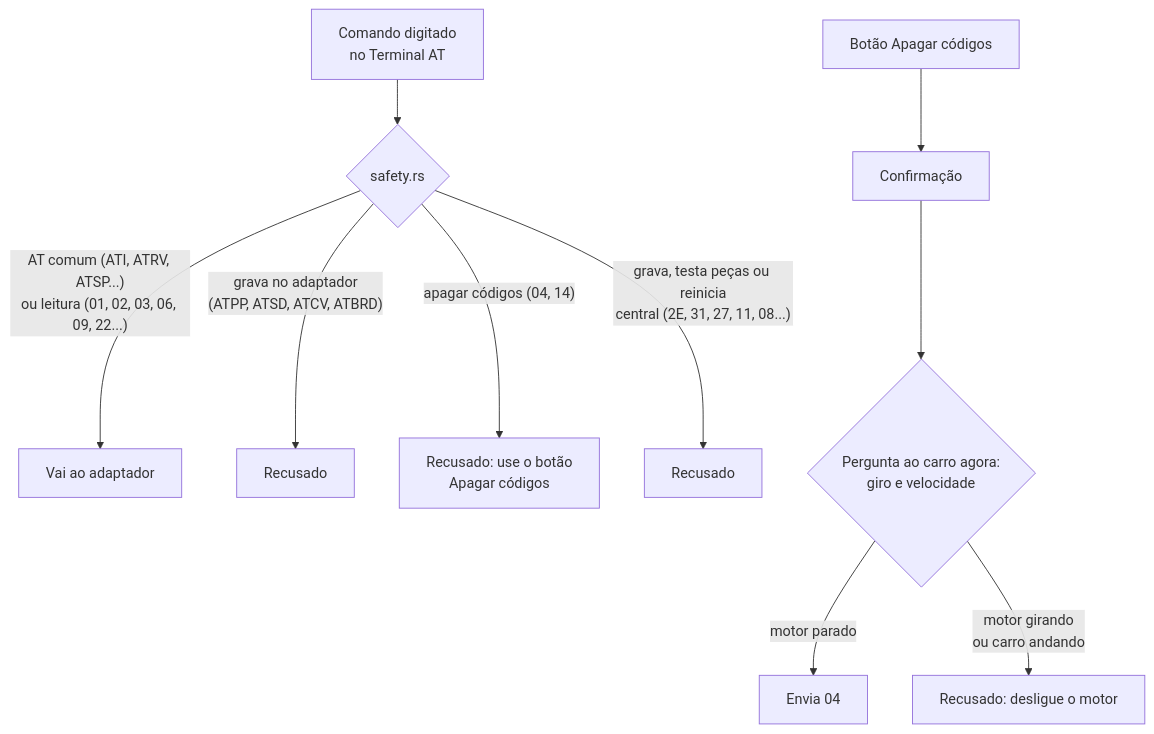
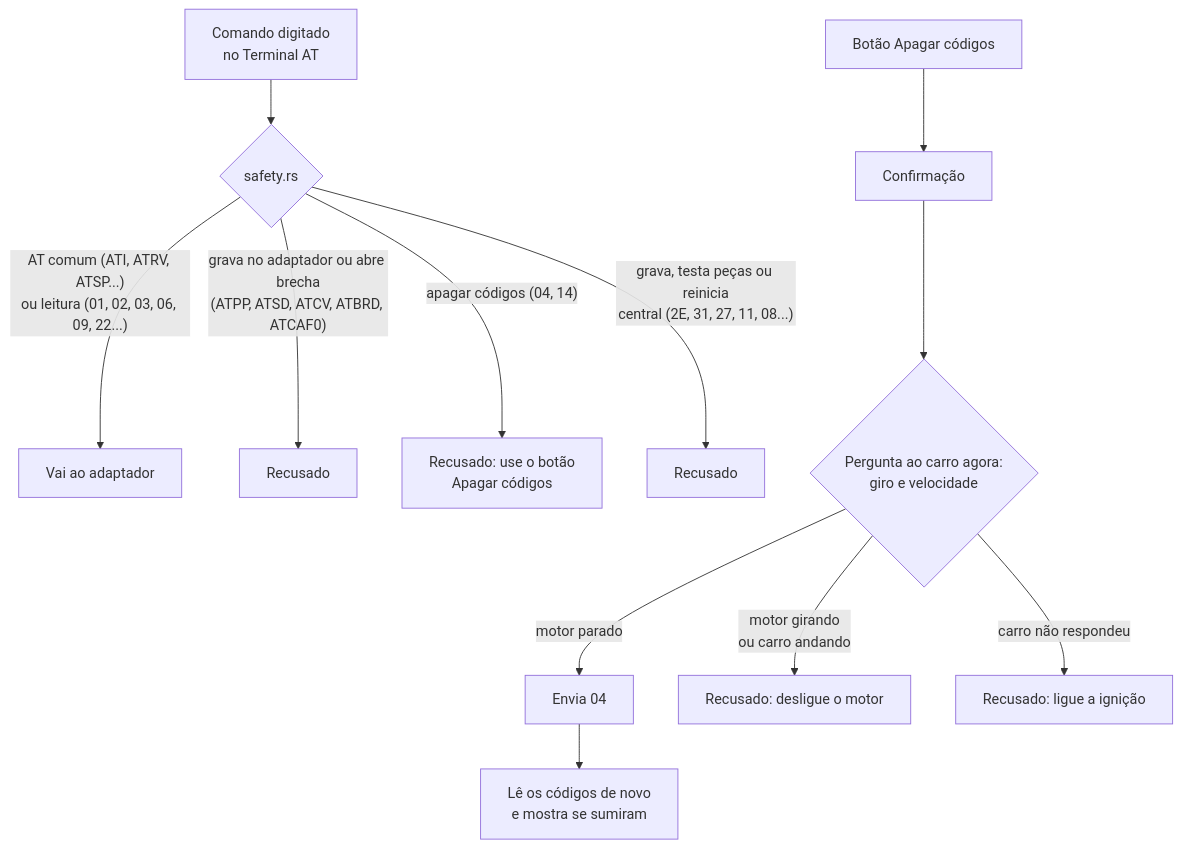
Before and after one commit to samuvieceli/obd2-scanner: the sixth of 12 diagrams in docs/DIAGRAMAS.md, drawn with Mermaid. The commit also changed other lines of this file and 9 other files, not shown here.

First line of the commit message:
Segurança: terminal envia só a linha conferida, limpar códigos exige motor desligado confirmado, dica de linha K

````diff
--- a/docs/DIAGRAMAS.md
+++ b/docs/DIAGRAMAS.md
@@ -155,11 +155,12 @@
 ```mermaid
 flowchart TB
     typed["Comando digitado<br/>no Terminal AT"] --> chk{"safety.rs"}
     chk -- "AT comum (ATI, ATRV, ATSP...)<br/>ou leitura (01, 02, 03, 06, 09, 22...)" --> send["Vai ao adaptador"]
-    chk -- "grava no adaptador<br/>(ATPP, ATSD, ATCV, ATBRD)" --> no1["Recusado"]
+    chk -- "grava no adaptador ou abre brecha<br/>(ATPP, ATSD, ATCV, ATBRD, ATCAF0)" --> no1["Recusado"]
     chk -- "apagar códigos (04, 14)" --> no2["Recusado: use o botão<br/>Apagar códigos"]
     chk -- "grava, testa peças ou reinicia<br/>central (2E, 31, 27, 11, 08...)" --> no3["Recusado"]
     btn["Botão Apagar códigos"] --> confirm["Confirmação"] --> eng{"Pergunta ao carro agora:<br/>giro e velocidade"}
-    eng -- "motor parado" --> clear["Envia 04"]
+    eng -- "motor parado" --> clear["Envia 04"] --> reread["Lê os códigos de novo<br/>e mostra se sumiram"]
     eng -- "motor girando<br/>ou carro andando" --> no4["Recusado: desligue o motor"]
+    eng -- "carro não respondeu" --> no5["Recusado: ligue a ignição"]
 ```
````
